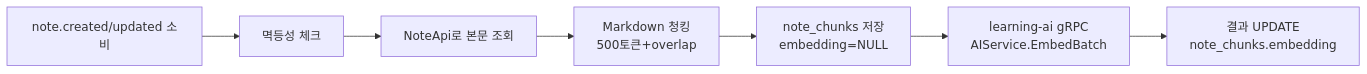
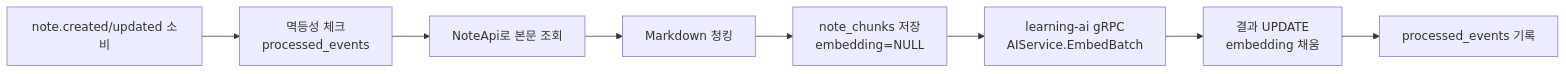
Before and after one commit to team-project-final/synapse-onboarding: the second of 2 diagrams in content/services/12-knowledge-svc.md, drawn with Mermaid. The commit also changed other lines of this file and 3 other files, not shown here.

````diff
--- a/content/services/12-knowledge-svc.md
+++ b/content/services/12-knowledge-svc.md
@@ -25,9 +72,10 @@
 ```mermaid
 graph LR
-    EV[note.created/updated 소비] --> IDEM[멱등성 체크]
+    EV[note.created/updated 소비] --> IDEM[멱등성 체크<br/>processed_events]
     IDEM --> READ[NoteApi로 본문 조회]
-    READ --> CHUNK[Markdown 청킹<br/>500토큰+overlap]
+    READ --> CHUNK[Markdown 청킹]
     CHUNK --> SAVE[note_chunks 저장<br/>embedding=NULL]
     SAVE --> EMB[learning-ai gRPC<br/>AIService.EmbedBatch]
-    EMB --> UPD[결과 UPDATE<br/>note_chunks.embedding]
+    EMB --> UPD[결과 UPDATE<br/>embedding 채움]
+    UPD --> DONE[processed_events 기록]
 ```
````
